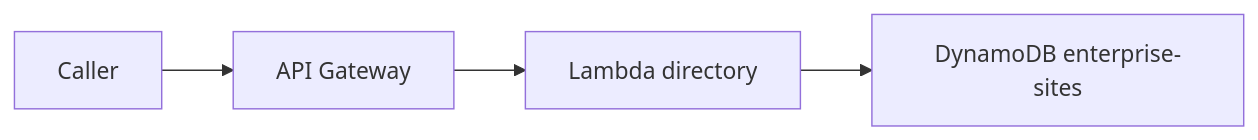
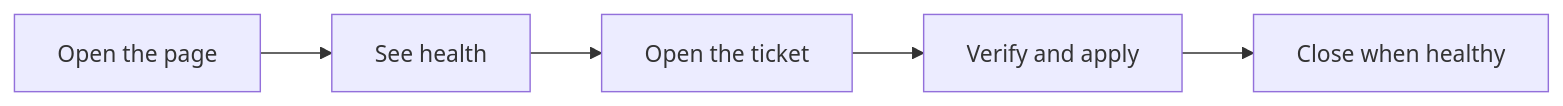
The diagram in README.md (shrutiebony/AWS_SRE_Tool), drawn with Mermaid before and after one commit. The commit also changed other lines of this file and 40 other files, not shown here.

````diff
--- a/README.md
+++ b/README.md
@@ -74,6 +39,7 @@
 ```mermaid
 flowchart LR
-  caller[Caller] --> api[API Gateway]
-  api --> fn[Lambda directory]
-  fn --> table[DynamoDB enterprise-sites]
+  openPage[Open the page] --> seeHealth[See health]
+  seeHealth --> ticket[Open the ticket]
+  ticket --> verify[Verify and apply]
+  verify --> close[Close when healthy]
 ```
````
